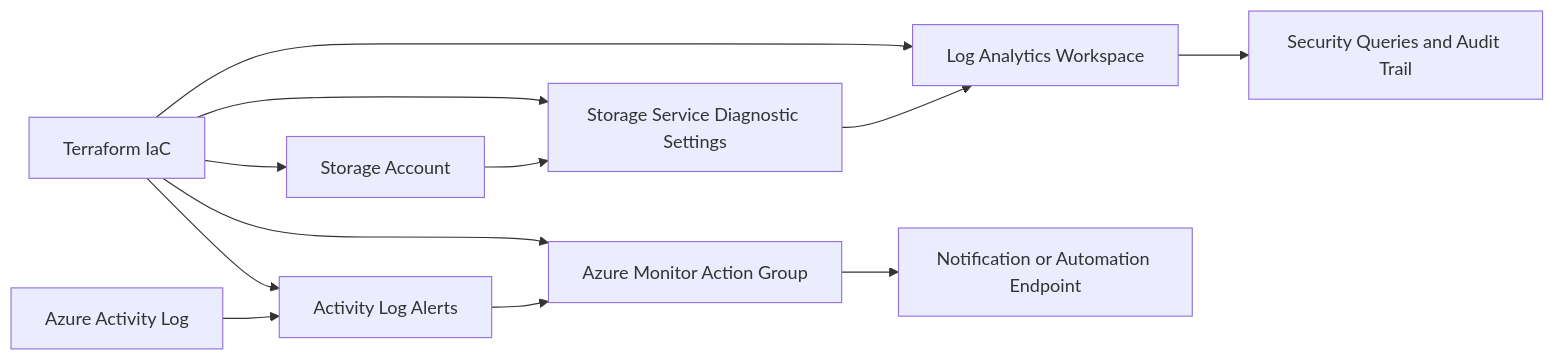
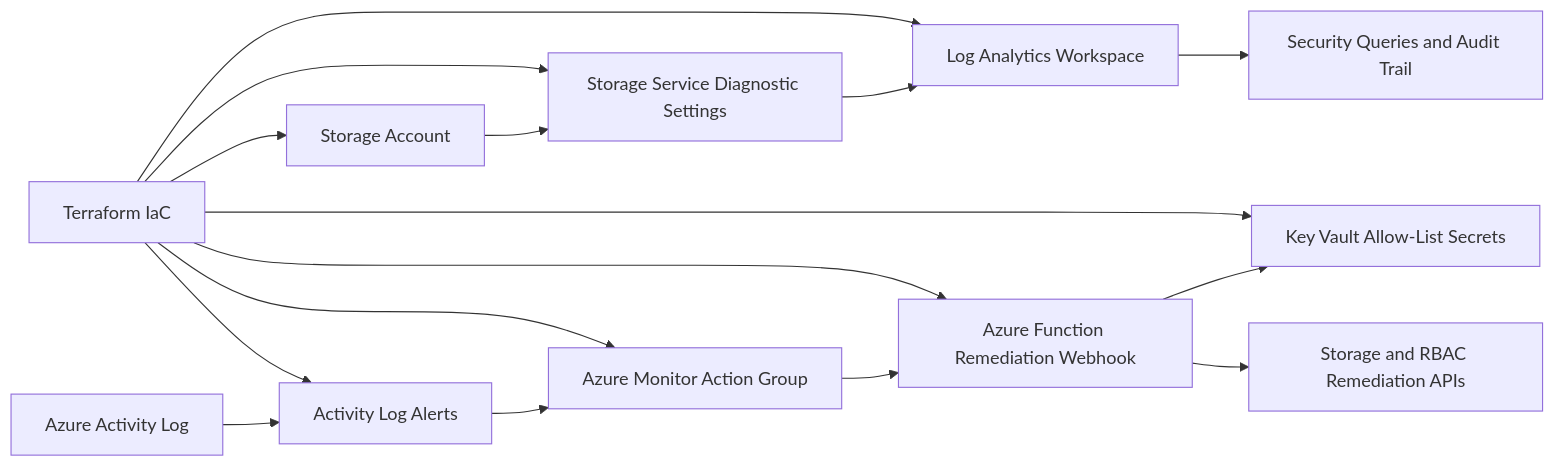
The diagram in docs/ARCHITECTURE.md (AErmie/DevSecBlueprint-CloudNativeSecurityAutomation-Capstone), drawn with Mermaid before and after one commit. The commit also changed other lines of this file and 21 other files, not shown here.

````diff
--- a/docs/ARCHITECTURE.md
+++ b/docs/ARCHITECTURE.md
@@ -8,15 +9,19 @@
 ```mermaid
 flowchart LR
   A[Azure Activity Log] --> F[Activity Log Alerts]
   B[Storage Account] --> C[Storage Service Diagnostic Settings]
   C --> D[Log Analytics Workspace]
   F --> G[Azure Monitor Action Group]
-  G --> H[Notification or Automation Endpoint]
+  G --> H[Azure Function Remediation Webhook]
+  H --> K[Key Vault Allow-List Secrets]
+  H --> L[Storage and RBAC Remediation APIs]
   D --> I[Security Queries and Audit Trail]
 
   J[Terraform IaC] --> B
   J --> C
   J --> D
   J --> F
   J --> G
+  J --> H
+  J --> K
 ```
````
